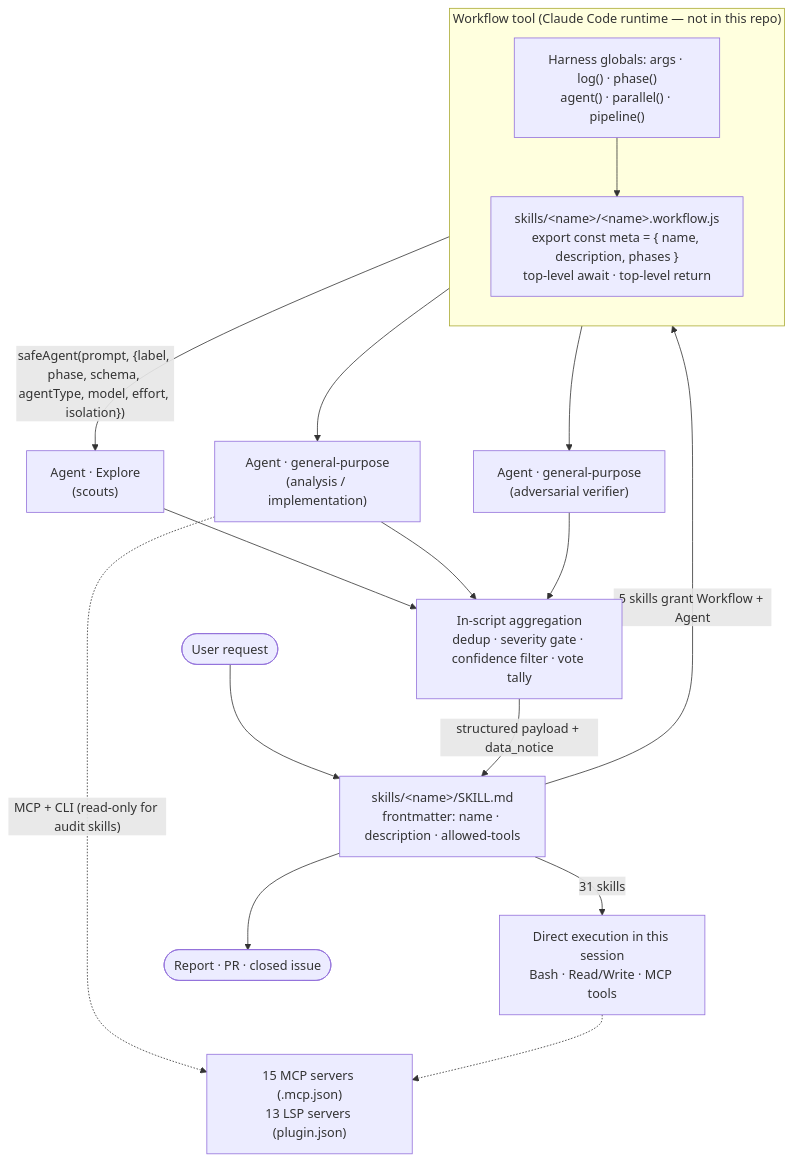
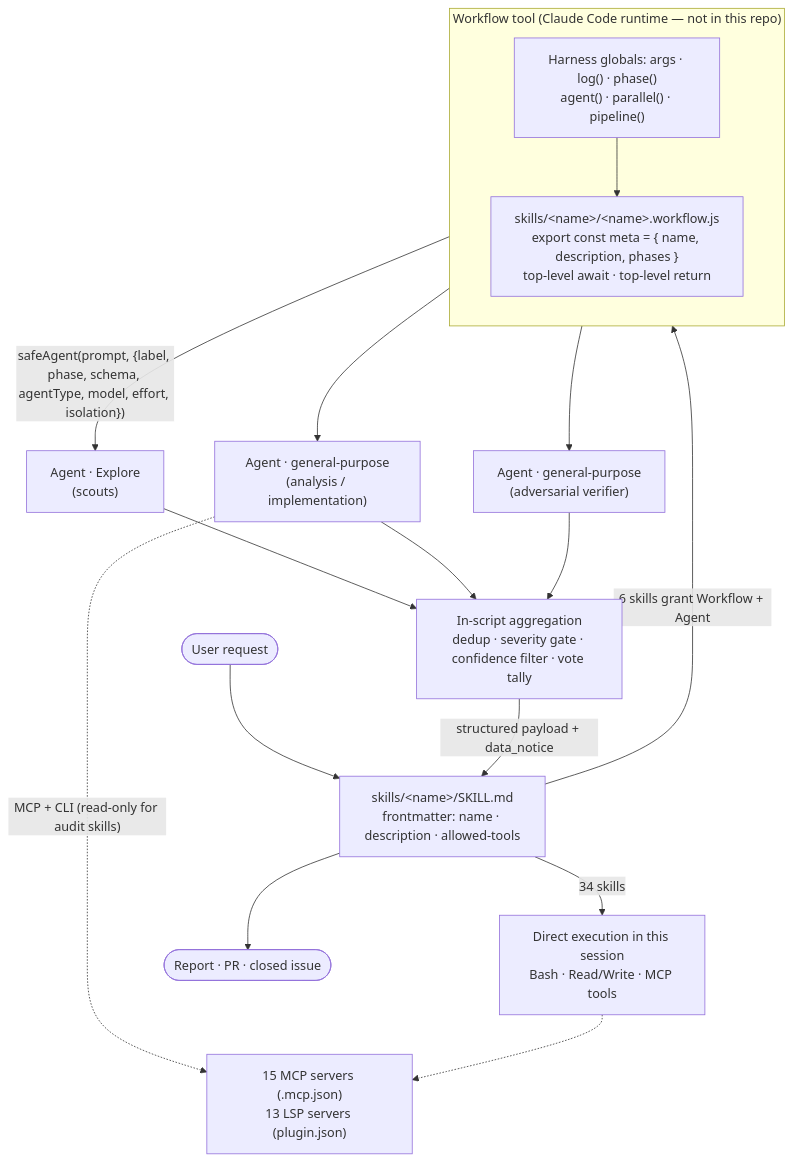
Before and after one commit to Cloud-Officer/claude-code-plugin-dev: the diagram in docs/architecture.md, drawn with Mermaid. The commit also changed other lines of this file and 5 other files, not shown here.

````diff
--- a/docs/architecture.md
+++ b/docs/architecture.md
@@ -49,25 +49,25 @@
 ```mermaid
 flowchart TB
     U([User request]) --> S["skills/&lt;name&gt;/SKILL.md<br/>frontmatter: name · description · allowed-tools"]
 
-    S -->|31 skills| D["Direct execution in this session<br/>Bash · Read/Write · MCP tools"]
+    S -->|34 skills| D["Direct execution in this session<br/>Bash · Read/Write · MCP tools"]
 
-    S -->|"5 skills grant Workflow + Agent"| W
+    S -->|"6 skills grant Workflow + Agent"| W
 
     subgraph W["Workflow tool (Claude Code runtime — not in this repo)"]
         direction TB
         H["Harness globals: args · log() · phase()<br/>agent() · parallel() · pipeline()"]
         H --> SC["skills/&lt;name&gt;/&lt;name&gt;.workflow.js<br/>export const meta = { name, description, phases }<br/>top-level await · top-level return"]
     end
 
     SC -->|"safeAgent(prompt, {label, phase, schema, agentType, model, effort, isolation})"| A1["Agent · Explore<br/>(scouts)"]
     SC --> A2["Agent · general-purpose<br/>(analysis / implementation)"]
     SC --> A3["Agent · general-purpose<br/>(adversarial verifier)"]
 
     A1 & A2 & A3 --> AGG["In-script aggregation<br/>dedup · severity gate · confidence filter · vote tally"]
     AGG -->|structured payload + data_notice| S
     S --> R([Report · PR · closed issue])
 
     A2 -.->|"MCP + CLI (read-only for audit skills)"| EXT["15 MCP servers (.mcp.json)<br/>13 LSP servers (plugin.json)"]
     D -.-> EXT
 ```
````
